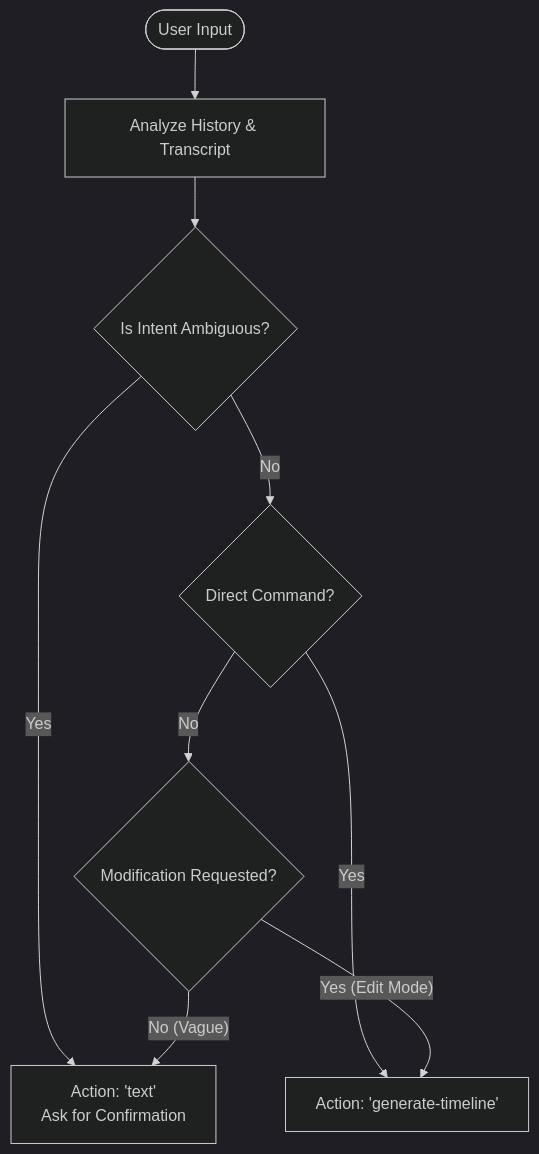
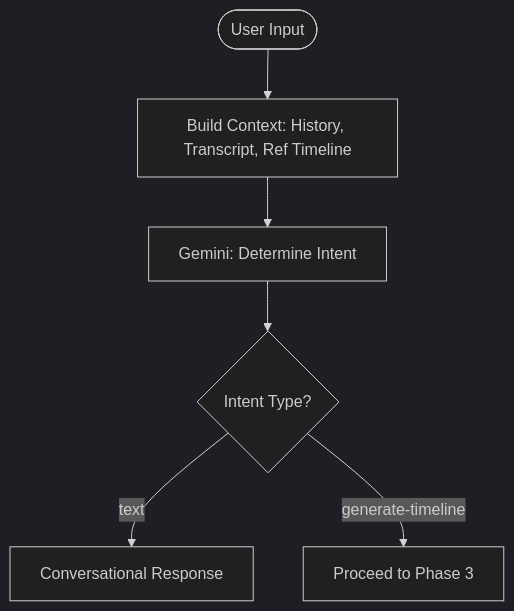
One commit to navidshad/vgtu-video-summarization changed the third of 6 diagrams in docs/architecture.md. Above: the diagram before and after it, drawn with Mermaid (dark theme). The commit also changed other lines of this file, not shown here.

Commit message:
docs: Introduce a new 'Context Enrichment' phase, renumber pipeline stages, and update detailed descriptions and diagrams for each phase.

````diff
--- a/docs/architecture.md
+++ b/docs/architecture.md
@@ -46,11 +53,8 @@
 ```mermaid
 flowchart TD
-    Start([User Input]) --> History[Analyze History & Transcript]
-    History --> Decision{Is Intent Ambiguous?}
-    Decision -- Yes --> Text[Action: 'text'\nAsk for Confirmation]
-    Decision -- No --> Cmd{Direct Command?}
-    Cmd -- Yes --> Gen[Action: 'generate-timeline']
-    Cmd -- No --> Logic{Modification Requested?}
-    Logic -- Yes (Edit Mode) --> Gen
-    Logic -- No (Vague) --> Text
+    Start([User Input]) --> Context[Build Context: History, Transcript, Ref Timeline]
+    Context --> Gemini[Gemini: Determine Intent]
+    Gemini --> Decision{Intent Type?}
+    Decision -- "text" --> Chat[Conversational Response]
+    Decision -- "generate-timeline" --> Next[Proceed to Phase 3]
 ```
````
